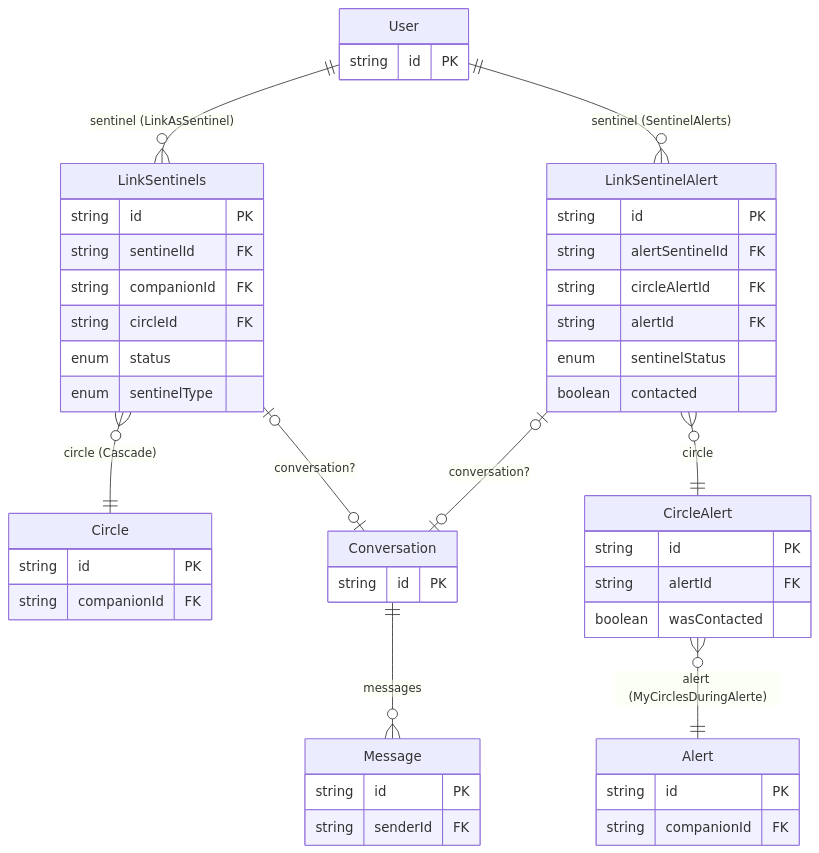
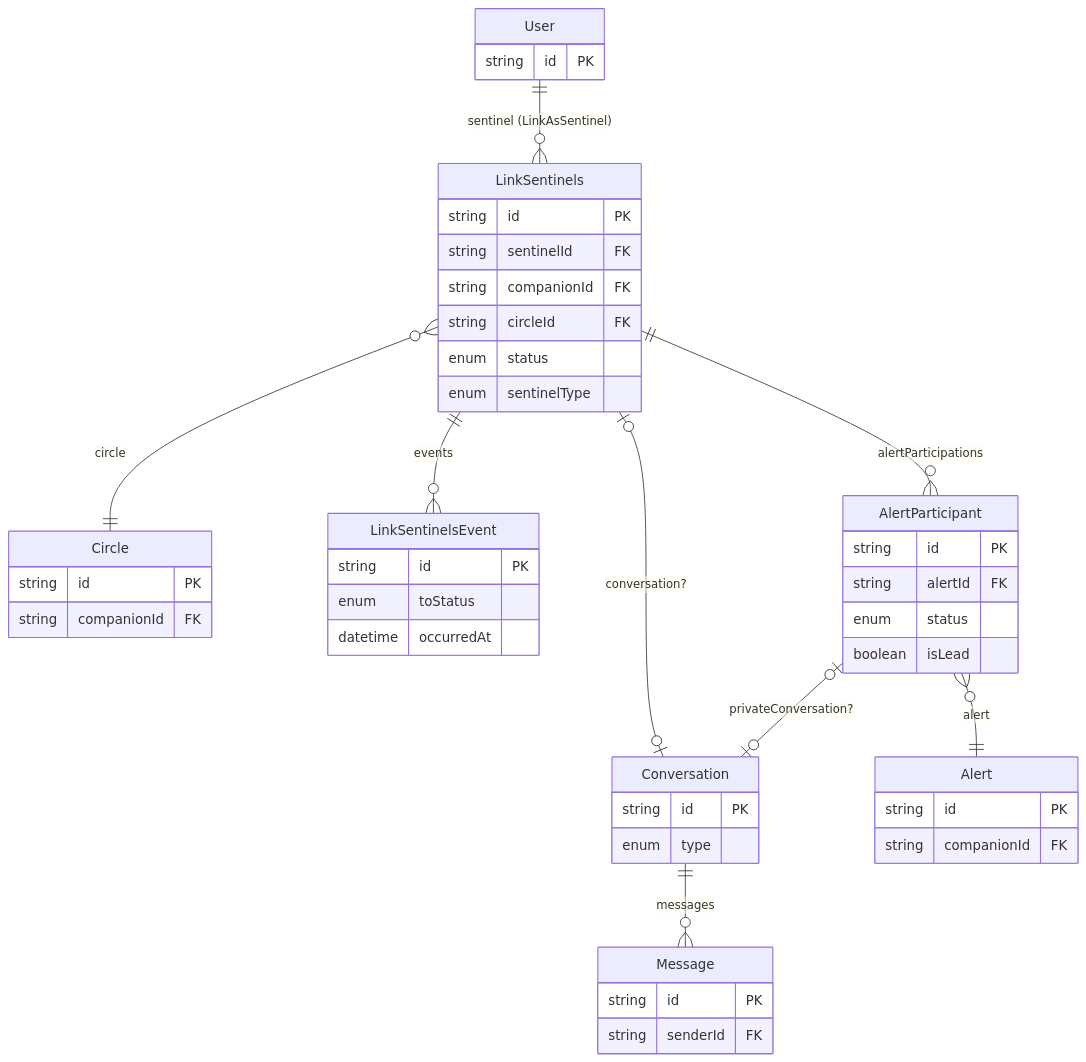
One commit to Sylvfo/MySentinelCircle changed the second of 5 diagrams in backend/prisma/DB_schéma.md. Above: the diagram before and after it, drawn with Mermaid. The commit also changed other lines of this file and 2 other files, not shown here.

````diff
--- a/backend/prisma/DB_schéma.md
+++ b/backend/prisma/DB_schéma.md
@@ -116,51 +128,50 @@
 ```mermaid
 erDiagram
-  User               ||--o{ LinkSentinels     : "sentinel (LinkAsSentinel)"
-  LinkSentinels      }o--||  Circle           : "circle (Cascade)"
-  LinkSentinels      |o--o| Conversation      : "conversation?"
-  User               ||--o{ LinkSentinelAlert : "sentinel (SentinelAlerts)"
-  LinkSentinelAlert  }o--||  CircleAlert      : "circle"
-  LinkSentinelAlert  |o--o| Conversation      : "conversation?"
-  CircleAlert        }o--||  Alert            : "alert (MyCirclesDuringAlerte)"
-  Conversation       ||--o{ Message           : "messages"
+  User              ||--o{ LinkSentinels      : "sentinel (LinkAsSentinel)"
+  LinkSentinels     }o--||  Circle            : "circle"
+  LinkSentinels     ||--o{ LinkSentinelsEvent : "events"
+  LinkSentinels     |o--o| Conversation       : "conversation?"
+  LinkSentinels     ||--o{ AlertParticipant   : "alertParticipations"
+  AlertParticipant  }o--||  Alert             : "alert"
+  AlertParticipant  |o--o| Conversation       : "privateConversation?"
+  Conversation      ||--o{ Message            : "messages"
 
   User {
     string id PK
   }
   LinkSentinels {
     string id PK
     string sentinelId FK
     string companionId FK
     string circleId FK
     enum   status
     enum   sentinelType
   }
   Circle {
     string id PK
     string companionId FK
   }
-  LinkSentinelAlert {
+  LinkSentinelsEvent {
     string id PK
-    string alertSentinelId FK
-    string circleAlertId FK
-    string alertId FK
-    enum   sentinelStatus
-    boolean contacted
+    enum   toStatus
+    datetime occurredAt
   }
-  CircleAlert {
+  AlertParticipant {
     string id PK
     string alertId FK
-    boolean wasContacted
+    enum   status
+    boolean isLead
   }
   Alert {
     string id PK
     string companionId FK
   }
   Conversation {
     string id PK
+    enum   type
   }
   Message {
     string id PK
     string senderId FK
   }
 ```
````
